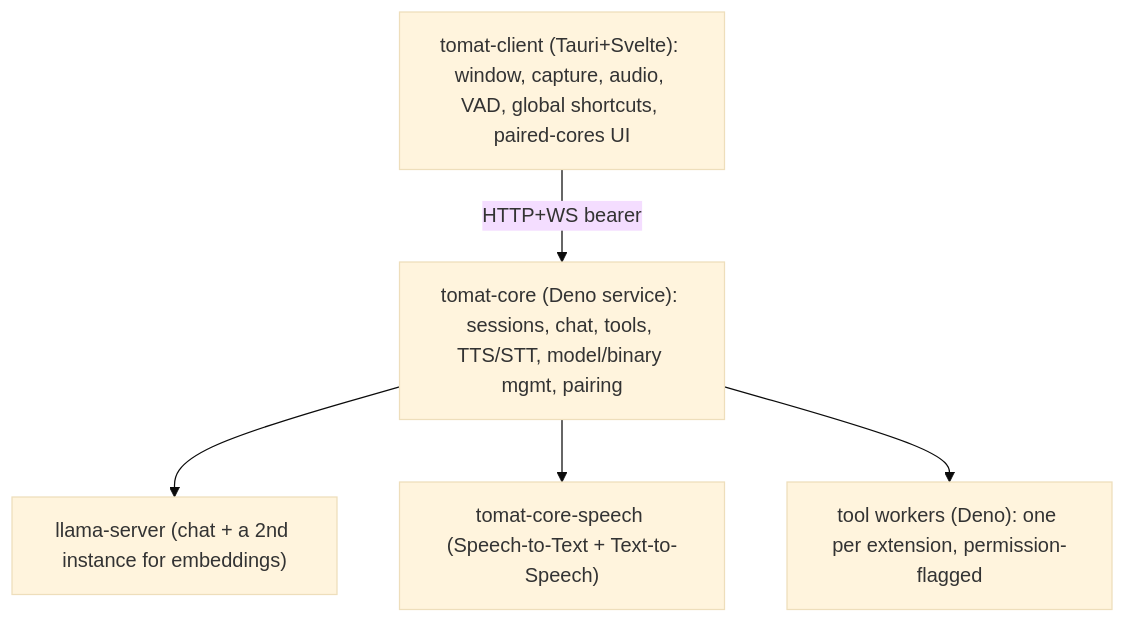
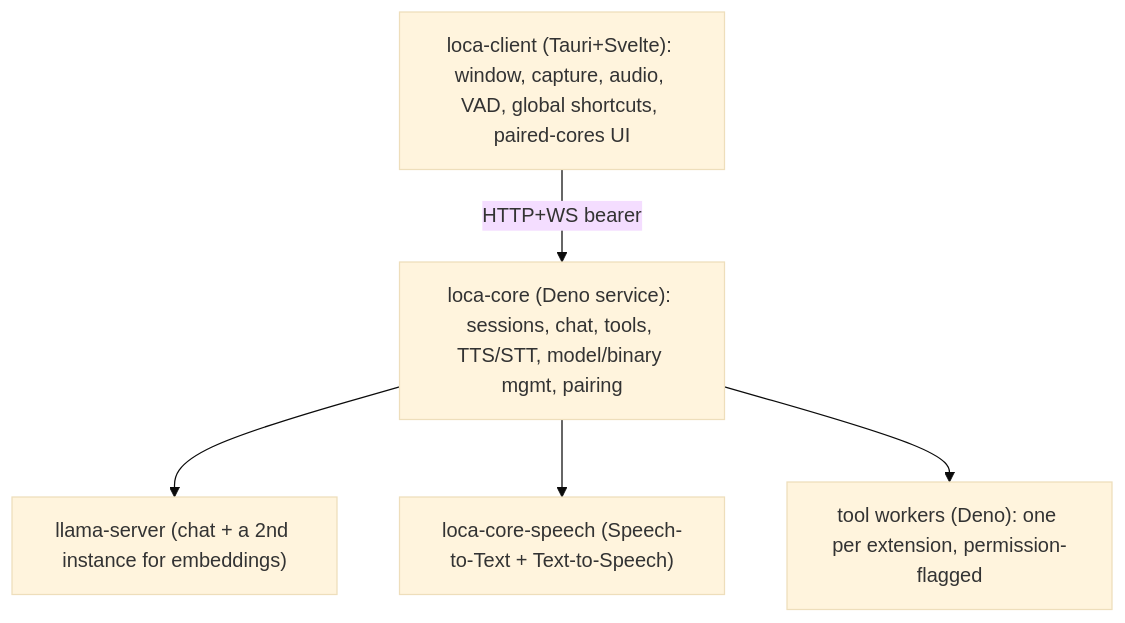
The diagram in DEVELOPMENT.md (rzkyif/loca), drawn with Mermaid (base theme) before and after one commit. The commit also changed other lines of this file and 1810 other files, not shown here.

````diff
--- a/DEVELOPMENT.md
+++ b/DEVELOPMENT.md
@@ -16,13 +16,13 @@
 ```mermaid
 flowchart TD
-    client["tomat-client (Tauri+Svelte): window, capture, audio, VAD, global shortcuts, paired-cores UI"]
-    core["tomat-core (Deno service): sessions, chat, tools, TTS/STT, model/binary mgmt, pairing"]
+    client["loca-client (Tauri+Svelte): window, capture, audio, VAD, global shortcuts, paired-cores UI"]
+    core["loca-core (Deno service): sessions, chat, tools, TTS/STT, model/binary mgmt, pairing"]
     llama["llama-server (chat + a 2nd instance for embeddings)"]
-    speech["tomat-core-speech (Speech-to-Text + Text-to-Speech)"]
+    speech["loca-core-speech (Speech-to-Text + Text-to-Speech)"]
     workers["tool workers (Deno): one per extension, permission-flagged"]
 
     client -->|HTTP+WS bearer| core
     core --> llama
     core --> speech
     core --> workers
 ```
````
